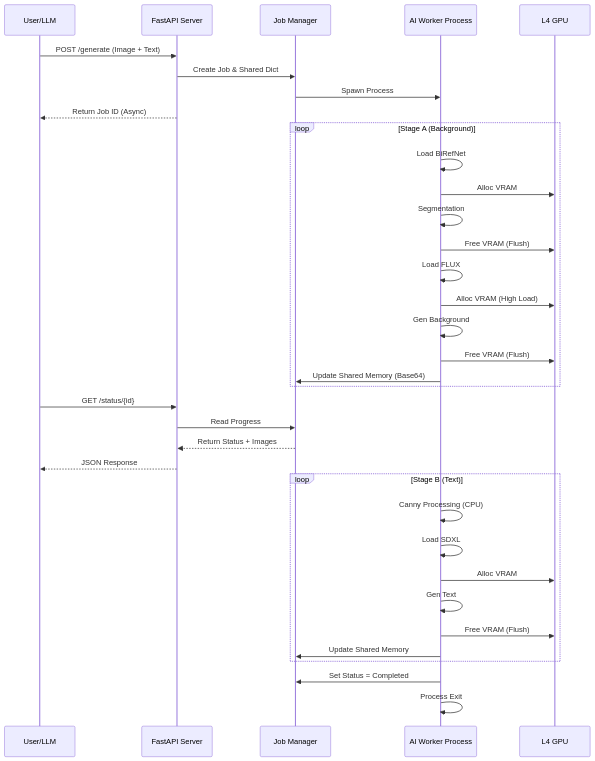
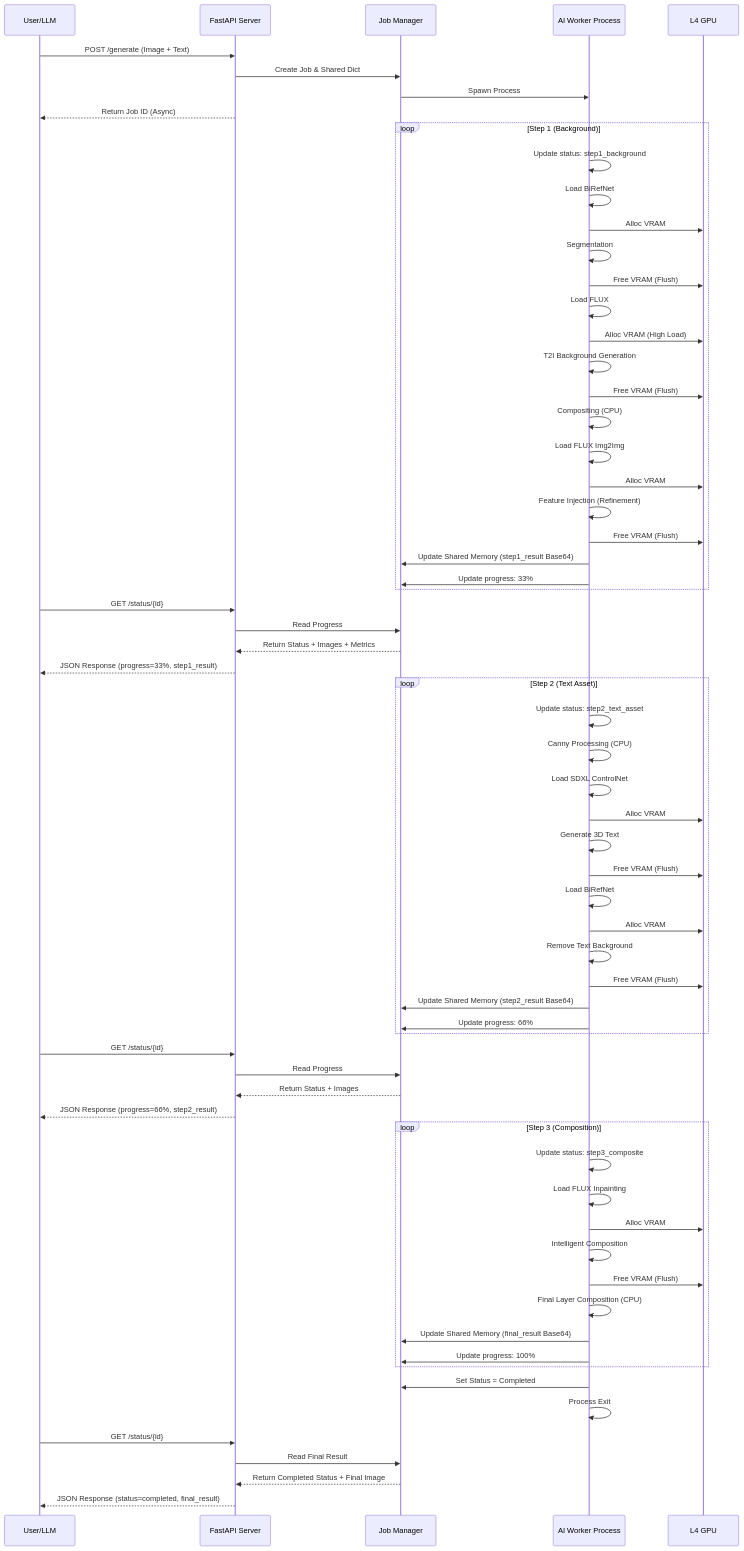
One commit to krapnuyij/codeit-ai-3team-ad-content changed the second of 2 diagrams in docs/doc/nanoCocoa_AI_Server_아키텍처설계.md. Above: the diagram before and after it, drawn with Mermaid. The commit also changed other lines of this file and 1 other file, not shown here.

````diff
--- a/docs/doc/nanoCocoa_AI_Server_아키텍처설계.md
+++ b/docs/doc/nanoCocoa_AI_Server_아키텍처설계.md
@@ -206,45 +276,82 @@
 ```mermaid
 sequenceDiagram
     participant User as User/LLM
     participant API as FastAPI Server
     participant Mgr as Job Manager
     participant Worker as AI Worker Process
     participant GPU as L4 GPU
 
     User->>API: POST /generate (Image + Text)
     API->>Mgr: Create Job & Shared Dict
     Mgr->>Worker: Spawn Process
     API-->>User: Return Job ID (Async)
-    
-    loop Stage A (Background)
+
+    loop Step 1 (Background)
+        Worker->>Worker: Update status: step1_background
         Worker->>Worker: Load BiRefNet
         Worker->>GPU: Alloc VRAM
         Worker->>Worker: Segmentation
         Worker->>GPU: Free VRAM (Flush)
-        
+
         Worker->>Worker: Load FLUX
         Worker->>GPU: Alloc VRAM (High Load)
-        Worker->>Worker: Gen Background
+        Worker->>Worker: T2I Background Generation
         Worker->>GPU: Free VRAM (Flush)
-        
-        Worker->>Mgr: Update Shared Memory (Base64)
+
+        Worker->>Worker: Compositing (CPU)
+        Worker->>Worker: Load FLUX Img2Img
+        Worker->>GPU: Alloc VRAM
+        Worker->>Worker: Feature Injection (Refinement)
+        Worker->>GPU: Free VRAM (Flush)
+
+        Worker->>Mgr: Update Shared Memory (step1_result Base64)
+        Worker->>Mgr: Update progress: 33%
     end
-    
+
+    User->>API: GET /status/{id}
+    API->>Mgr: Read Progress
+    Mgr-->>API: Return Status + Images + Metrics
+    API-->>User: JSON Response (progress=33%, step1_result)
+
+    loop Step 2 (Text Asset)
+        Worker->>Worker: Update status: step2_text_asset
+        Worker->>Worker: Canny Processing (CPU)
+        Worker->>Worker: Load SDXL ControlNet
+        Worker->>GPU: Alloc VRAM
+        Worker->>Worker: Generate 3D Text
+        Worker->>GPU: Free VRAM (Flush)
+
+        Worker->>Worker: Load BiRefNet
+        Worker->>GPU: Alloc VRAM
+        Worker->>Worker: Remove Text Background
+        Worker->>GPU: Free VRAM (Flush)
+
+        Worker->>Mgr: Update Shared Memory (step2_result Base64)
+        Worker->>Mgr: Update progress: 66%
+    end
+
     User->>API: GET /status/{id}
     API->>Mgr: Read Progress
     Mgr-->>API: Return Status + Images
-    API-->>User: JSON Response
-    
-    loop Stage B (Text)
-        Worker->>Worker: Canny Processing (CPU)
-        Worker->>Worker: Load SDXL
+    API-->>User: JSON Response (progress=66%, step2_result)
+
+    loop Step 3 (Composition)
+        Worker->>Worker: Update status: step3_composite
+        Worker->>Worker: Load FLUX Inpainting
         Worker->>GPU: Alloc VRAM
-        Worker->>Worker: Gen Text
+        Worker->>Worker: Intelligent Composition
         Worker->>GPU: Free VRAM (Flush)
-        Worker->>Mgr: Update Shared Memory
+
+        Worker->>Worker: Final Layer Composition (CPU)
+        Worker->>Mgr: Update Shared Memory (final_result Base64)
+        Worker->>Mgr: Update progress: 100%
     end
-    
+
     Worker->>Mgr: Set Status = Completed
     Worker->>Worker: Process Exit
 
+    User->>API: GET /status/{id}
+    API->>Mgr: Read Final Result
+    Mgr-->>API: Return Completed Status + Final Image
+    API-->>User: JSON Response (status=completed, final_result)
 ```
````
